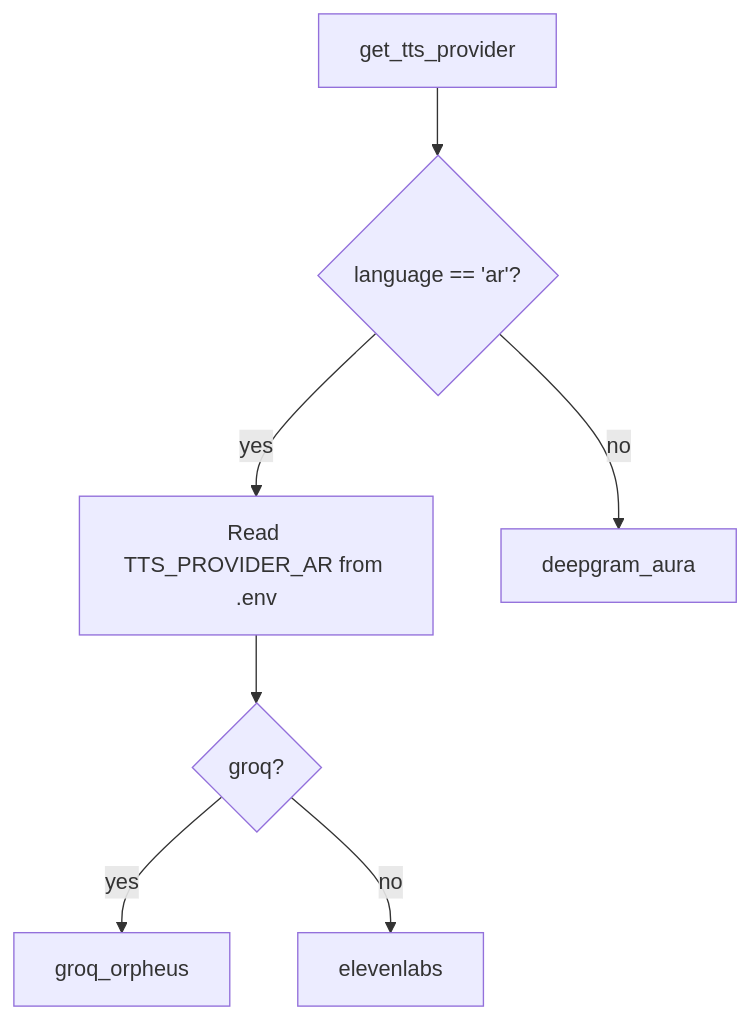
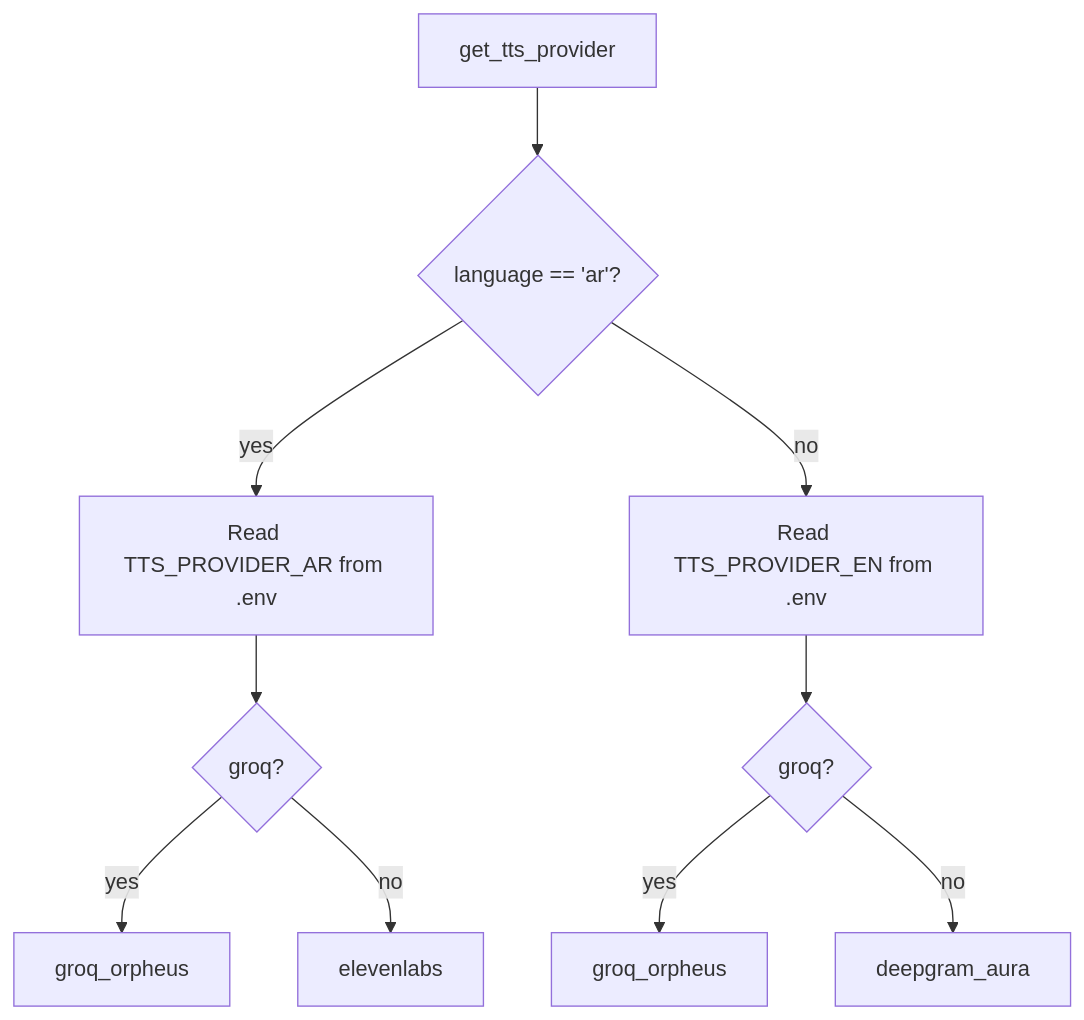
One commit to HassanSanjk/najda-voice changed the second of 6 diagrams in README.md. Above: the diagram before and after it, drawn with Mermaid. The commit also changed other lines of this file and 28 other files, not shown here.

````diff
--- a/README.md
+++ b/README.md
@@ -212,9 +212,12 @@
 ```mermaid
 graph TD
     A[get_tts_provider] --> B{language == 'ar'?}
     B -->|yes| C[Read TTS_PROVIDER_AR from .env]
     C --> D{groq?}
     D -->|yes| E["groq_orpheus"]
     D -->|no| F["elevenlabs"]
-    B -->|no| G["deepgram_aura"]
+    B -->|no| G[Read TTS_PROVIDER_EN from .env]
+    G --> H{groq?}
+    H -->|yes| I["groq_orpheus"]
+    H -->|no| J["deepgram_aura"]
 ```
````
